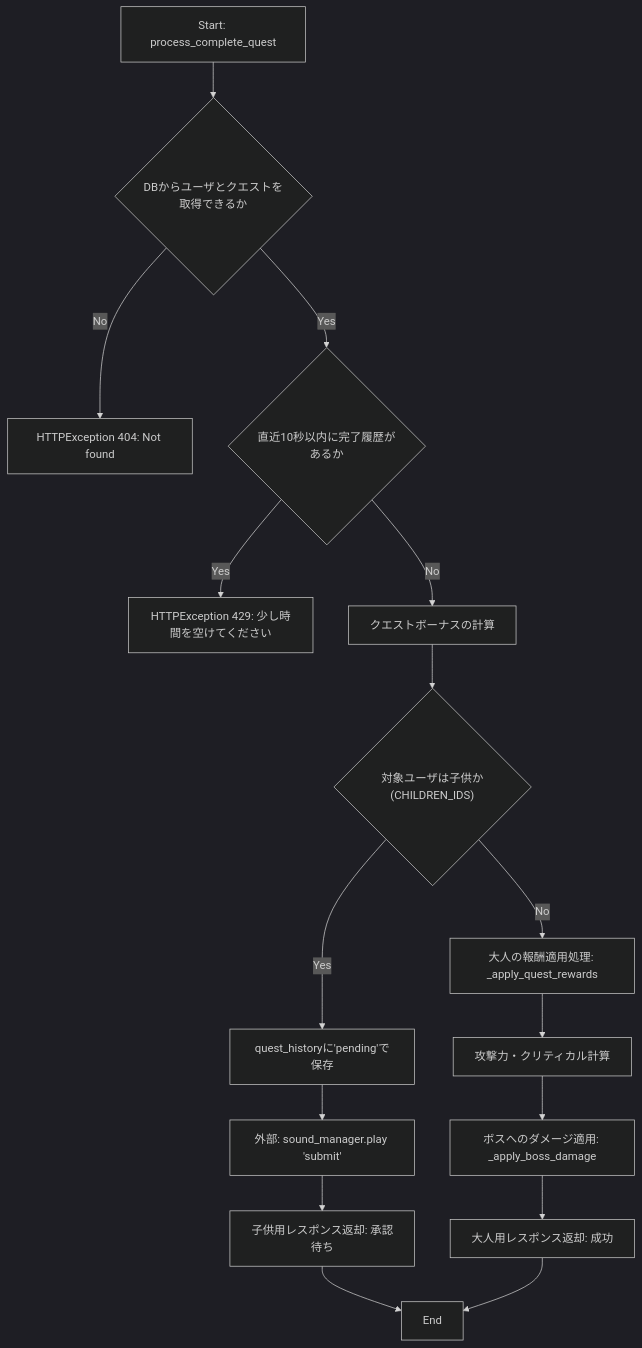
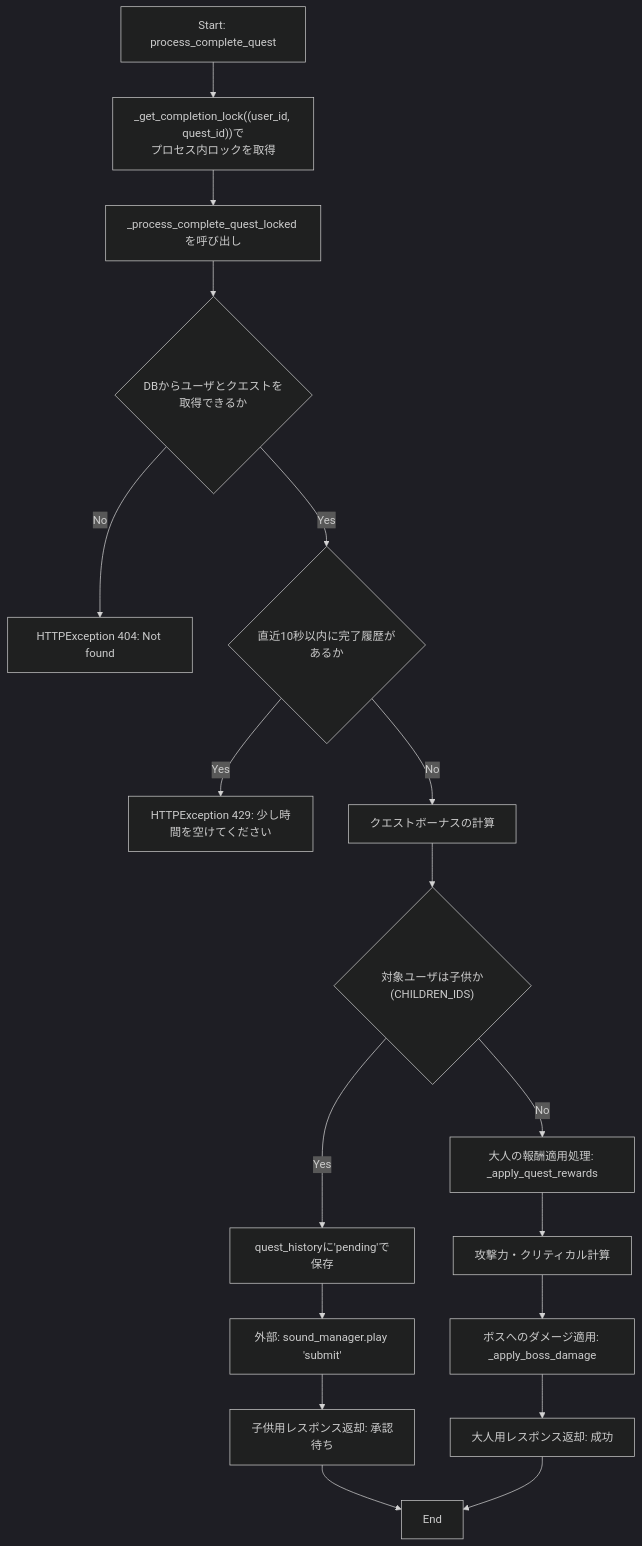
Before and after one commit to mmtigers/my_python_project: the first of 2 diagrams in docs/specifications/MY_HOME_SYSTEM/quest_service.md, drawn with Mermaid (dark theme). The commit also changed other lines of this file and 8 other files, not shown here.

````diff
--- a/docs/specifications/MY_HOME_SYSTEM/quest_service.md
+++ b/docs/specifications/MY_HOME_SYSTEM/quest_service.md
@@ -791,21 +818,23 @@
 ```mermaid
 flowchart TD
-    Start[Start: process_complete_quest] --> DB_Select{"DBからユーザとクエストを取得できるか"}
+    Start[Start: process_complete_quest] --> AcquireLock["_get_completion_lock((user_id, quest_id))で<br>プロセス内ロックを取得"]
+    AcquireLock --> CallLocked["_process_complete_quest_locked を呼び出し"]
+    CallLocked --> DB_Select{"DBからユーザとクエストを取得できるか"}
     DB_Select -- No --> Err404[HTTPException 404: Not found]
     DB_Select -- Yes --> SpamCheck{"直近10秒以内に完了履歴があるか"}
     SpamCheck -- Yes --> Err429[HTTPException 429: 少し時間を空けてください]
     SpamCheck -- No --> CalcBoost[クエストボーナスの計算]
     CalcBoost --> CheckChild{"対象ユーザは子供か(CHILDREN_IDS)"}
     
     CheckChild -- Yes --> InsertPending[quest_historyに'pending'で保存]
     InsertPending --> PlaySoundSubmit[外部: sound_manager.play 'submit']
     PlaySoundSubmit --> ReturnPending[子供用レスポンス返却: 承認待ち]
     ReturnPending --> End
     
     CheckChild -- No --> ApplyReward[大人の報酬適用処理: _apply_quest_rewards]
     ApplyReward --> CalcDamage[攻撃力・クリティカル計算]
     CalcDamage --> ApplyBossDmg[ボスへのダメージ適用: _apply_boss_damage]
     ApplyBossDmg --> ReturnAdult[大人用レスポンス返却: 成功]
     ReturnAdult --> End
 
 ```
````
